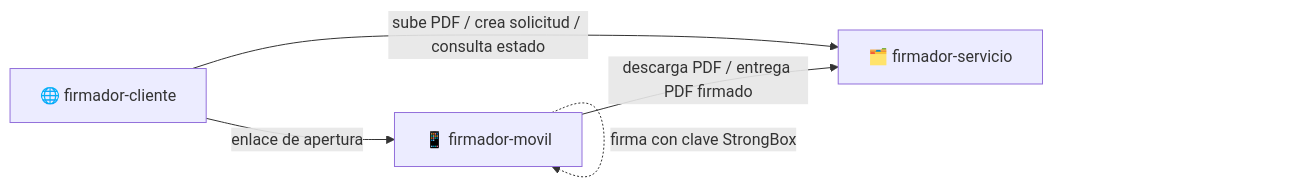
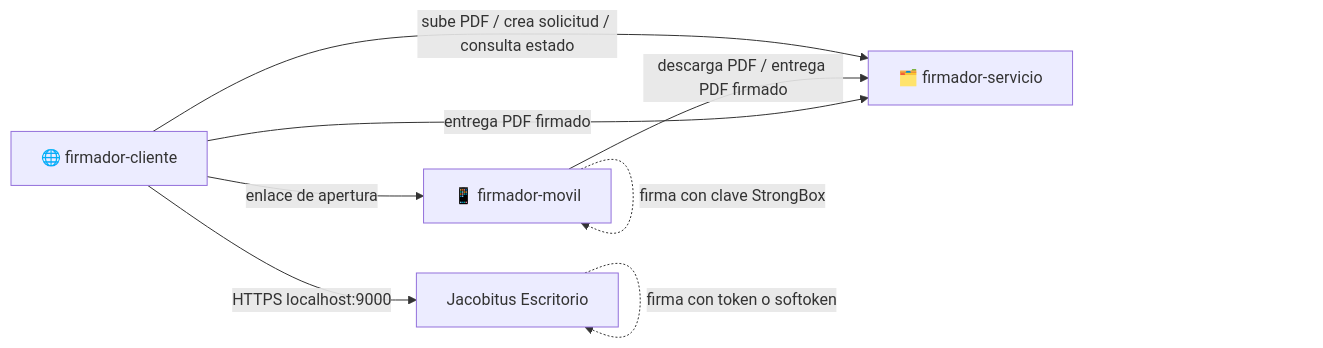
The first of 2 diagrams in README.md (AlexQuispe/firmador-servicio), drawn with Mermaid before and after one commit. The commit also changed other lines of this file and 7 other files, not shown here.

Commit message:
feat: :sparkles: CORS para varios orígenes y solicitudes firmadas desde la web con Jacobitus Escritorio

````diff
--- a/README.md
+++ b/README.md
@@ -9,7 +9,10 @@
 ```mermaid
 flowchart LR
     W[🌐 firmador-cliente] -- sube PDF / crea solicitud / consulta estado --> S[🗂️ firmador-servicio]
     W -- enlace de apertura --> M[📱 firmador-movil]
     M -- descarga PDF / entrega PDF firmado --> S
+    W -- HTTPS localhost:9000 --> J[Jacobitus Escritorio]
+    W -- entrega PDF firmado --> S
     M -. firma con clave StrongBox .-> M
+    J -. firma con token o softoken .-> J
 ```
````
